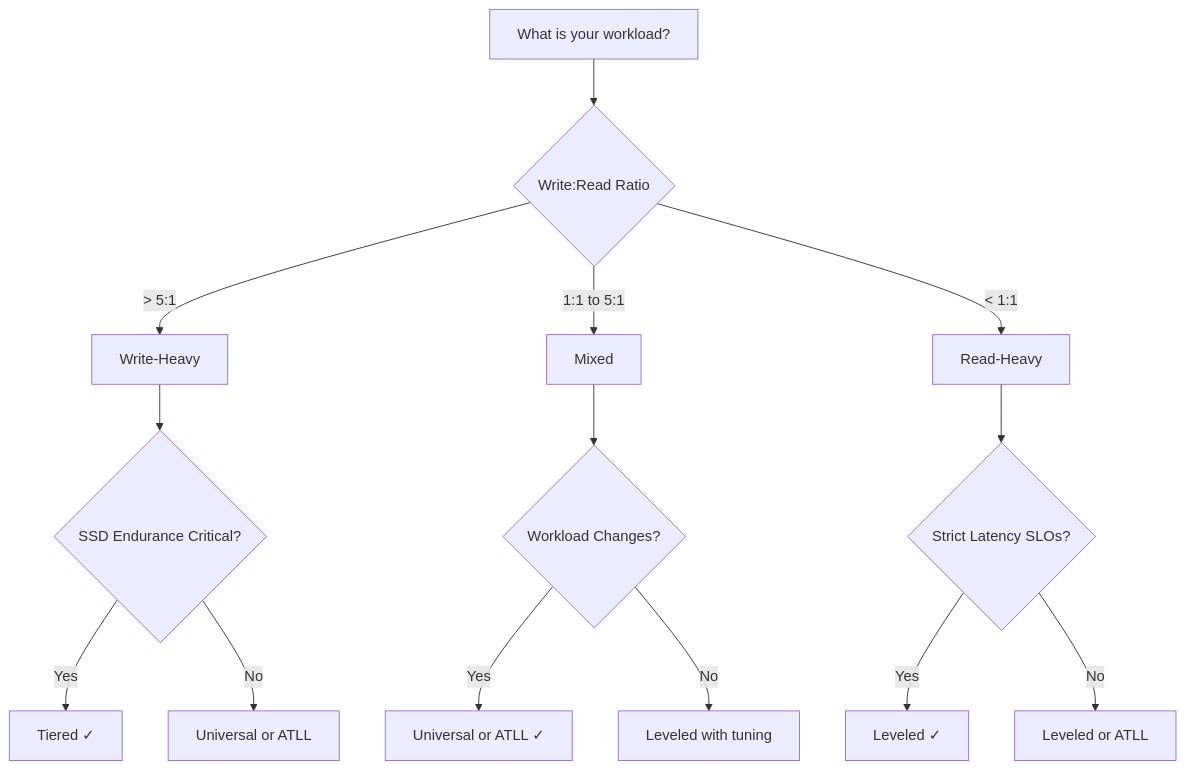
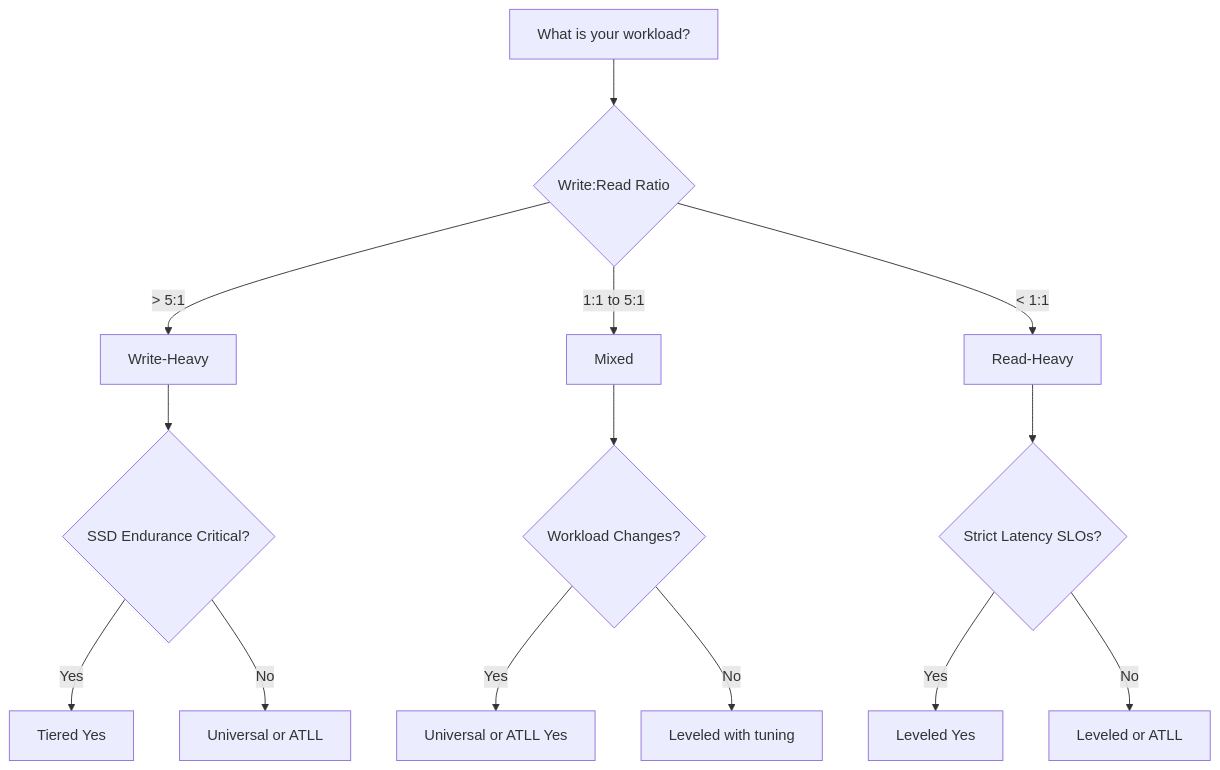
The diagram in docs/crates/nori-lsm/core-concepts/lsm-variants.md (jeffhajewski/nori), drawn with Mermaid before and after one commit. The commit also changed other lines of this file and 263 other files, not shown here.

````diff
--- a/docs/crates/nori-lsm/core-concepts/lsm-variants.md
+++ b/docs/crates/nori-lsm/core-concepts/lsm-variants.md
@@ -638,19 +638,19 @@
 ```mermaid
 graph TD
     A[What is your workload?] --> B{Write:Read Ratio}
     B -->|> 5:1| C[Write-Heavy]
     B -->|1:1 to 5:1| D[Mixed]
     B -->|< 1:1| E[Read-Heavy]
 
     C --> F{SSD Endurance Critical?}
-    F -->|Yes| G[Tiered ✓]
+    F -->|Yes| G[Tiered Yes]
     F -->|No| H[Universal or ATLL]
 
     D --> I{Workload Changes?}
-    I -->|Yes| J[Universal or ATLL ✓]
+    I -->|Yes| J[Universal or ATLL Yes]
     I -->|No| K[Leveled with tuning]
 
     E --> L{Strict Latency SLOs?}
-    L -->|Yes| M[Leveled ✓]
+    L -->|Yes| M[Leveled Yes]
     L -->|No| N[Leveled or ATLL]
 ```
````
